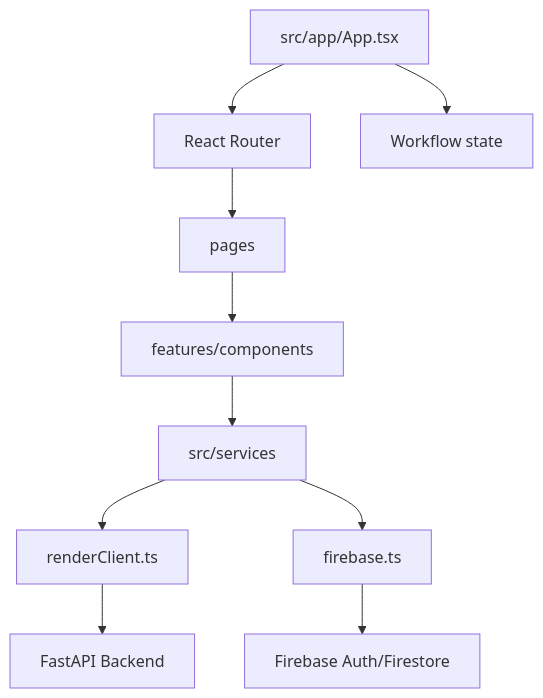
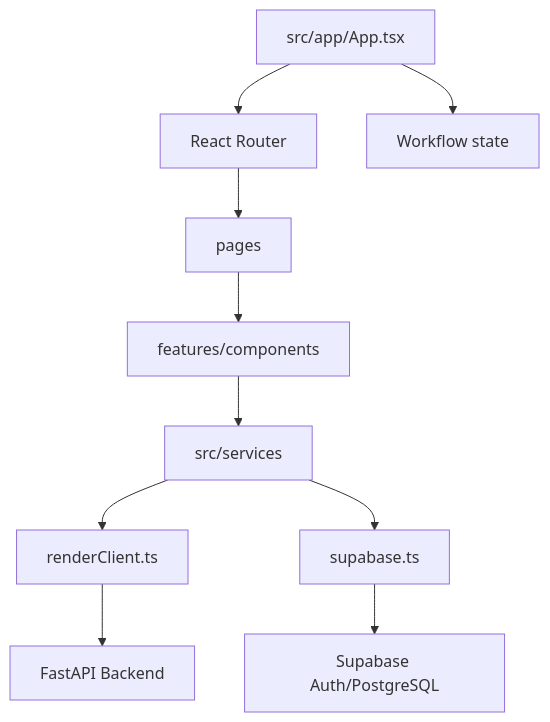
Before and after one commit to TechFutureAIFPT/TechFutureAI: the fourth of 4 diagrams in Document/01-Tai-Lieu-Du-An/02-kien-truc-he-thong.md, drawn with Mermaid. The commit also changed other lines of this file and 26 other files, not shown here.

````diff
--- a/Document/01-Tai-Lieu-Du-An/02-kien-truc-he-thong.md
+++ b/Document/01-Tai-Lieu-Du-An/02-kien-truc-he-thong.md
@@ -111,12 +111,12 @@
 ```mermaid
 flowchart TB
     APP["src/app/App.tsx"] --> ROUTER["React Router"]
     APP --> STATE["Workflow state"]
     ROUTER --> PAGES["pages"]
     PAGES --> FEATURES["features/components"]
     FEATURES --> SERVICES["src/services"]
     SERVICES --> API["renderClient.ts"]
-    SERVICES --> FIREBASE["firebase.ts"]
+    SERVICES --> SUPABASE["supabase.ts"]
     API --> BACKEND["FastAPI Backend"]
-    FIREBASE --> AUTH["Firebase Auth/Firestore"]
+    SUPABASE --> AUTH["Supabase Auth/PostgreSQL"]
 ```
````
